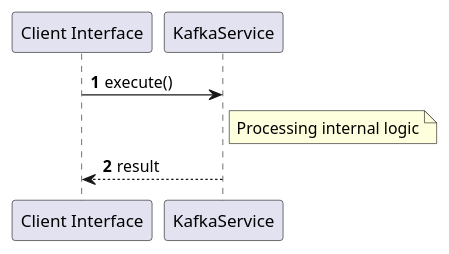
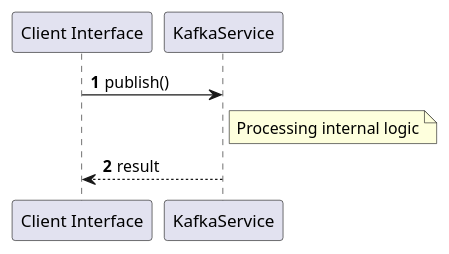
One commit to lgcorzo/rust_CACD_autonomous_factory changed the sixth of 6 diagrams in openwiki/crates_factory_infrastructure_src_kafka.md. Above: the diagram before and after it, drawn with PlantUML. The commit also changed other lines of this file and 96 other files, not shown here.

````diff
--- a/openwiki/crates_factory_infrastructure_src_kafka.md
+++ b/openwiki/crates_factory_infrastructure_src_kafka.md
@@ -199,11 +265,11 @@
 ```plantuml
 @startuml
 autonumber
 participant "Client Interface" as Caller
 participant "KafkaService" as Svc
-Caller -> Svc: execute()
+Caller -> Svc: publish()
 note right of Svc: Processing internal logic
 Svc --> Caller: result
 @enduml
 
 ```
````
